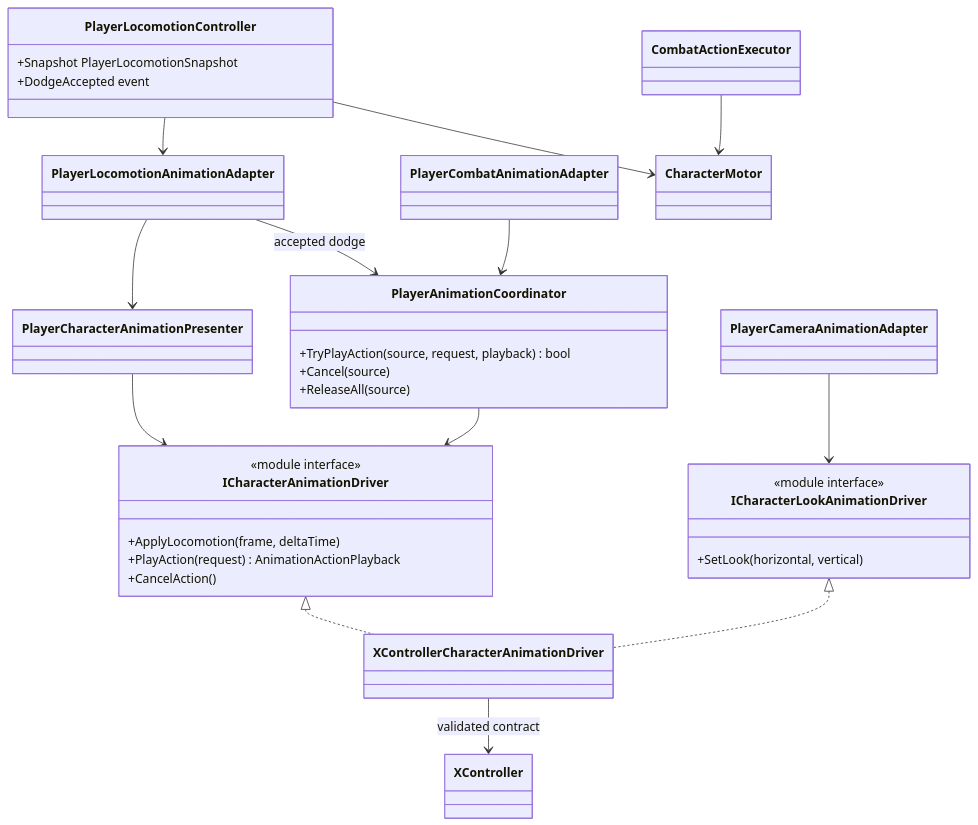
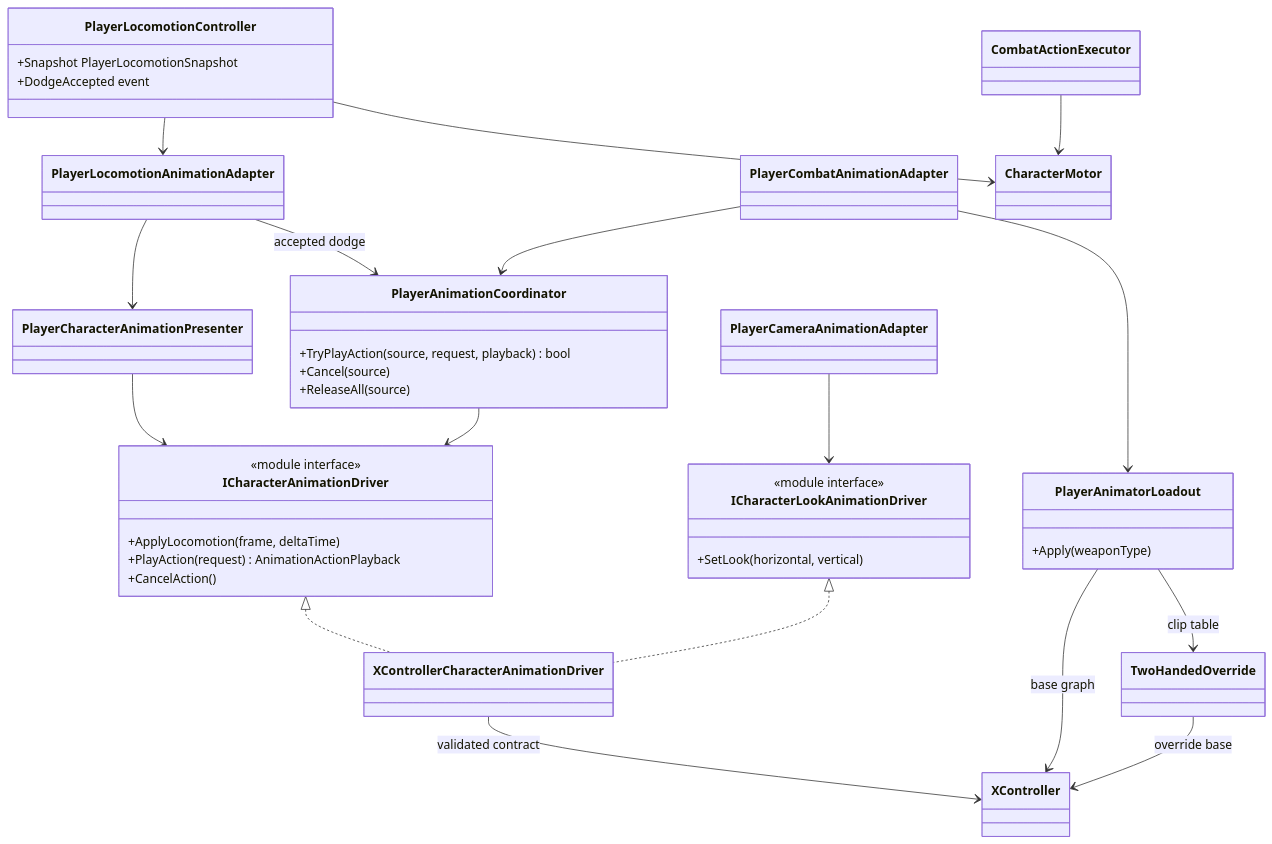
One commit to MaximFonariuc/project-s changed the diagram in Docs/Architecture/Player.Animation.md. Above: the diagram before and after it, drawn with Mermaid. The commit also changed other lines of this file and 17 other files, not shown here.

Commit message:
feat: add weapon animation override loadouts

````diff
--- a/Docs/Architecture/Player.Animation.md
+++ b/Docs/Architecture/Player.Animation.md
@@ -10,43 +10,51 @@
 ```mermaid
 classDiagram
     class PlayerLocomotionController {
         +Snapshot PlayerLocomotionSnapshot
         +DodgeAccepted event
     }
     class PlayerLocomotionAnimationAdapter
     class PlayerCharacterAnimationPresenter
     class PlayerCombatAnimationAdapter
+    class PlayerAnimatorLoadout {
+        +Apply(weaponType)
+    }
     class PlayerAnimationCoordinator {
         +TryPlayAction(source, request, playback) bool
         +Cancel(source)
         +ReleaseAll(source)
     }
     class ICharacterAnimationDriver {
         <<module interface>>
         +ApplyLocomotion(frame, deltaTime)
         +PlayAction(request) AnimationActionPlayback
         +CancelAction()
     }
     class ICharacterLookAnimationDriver {
         <<module interface>>
         +SetLook(horizontal, vertical)
     }
     class XControllerCharacterAnimationDriver
     class PlayerCameraAnimationAdapter
     class XController
+    class TwoHandedOverride
     class CharacterMotor
     class CombatActionExecutor
 
     PlayerLocomotionController --> PlayerLocomotionAnimationAdapter
     PlayerLocomotionAnimationAdapter --> PlayerCharacterAnimationPresenter
     PlayerLocomotionAnimationAdapter --> PlayerAnimationCoordinator : accepted dodge
     PlayerCombatAnimationAdapter --> PlayerAnimationCoordinator
+    PlayerCombatAnimationAdapter --> PlayerAnimatorLoadout
     PlayerCharacterAnimationPresenter --> ICharacterAnimationDriver
     PlayerAnimationCoordinator --> ICharacterAnimationDriver
     PlayerCameraAnimationAdapter --> ICharacterLookAnimationDriver
     ICharacterAnimationDriver <|.. XControllerCharacterAnimationDriver
     ICharacterLookAnimationDriver <|.. XControllerCharacterAnimationDriver
     XControllerCharacterAnimationDriver --> XController : validated contract
+    PlayerAnimatorLoadout --> XController : base graph
+    PlayerAnimatorLoadout --> TwoHandedOverride : clip table
+    TwoHandedOverride --> XController : override base
     PlayerLocomotionController --> CharacterMotor
     CombatActionExecutor --> CharacterMotor
 ```
````
